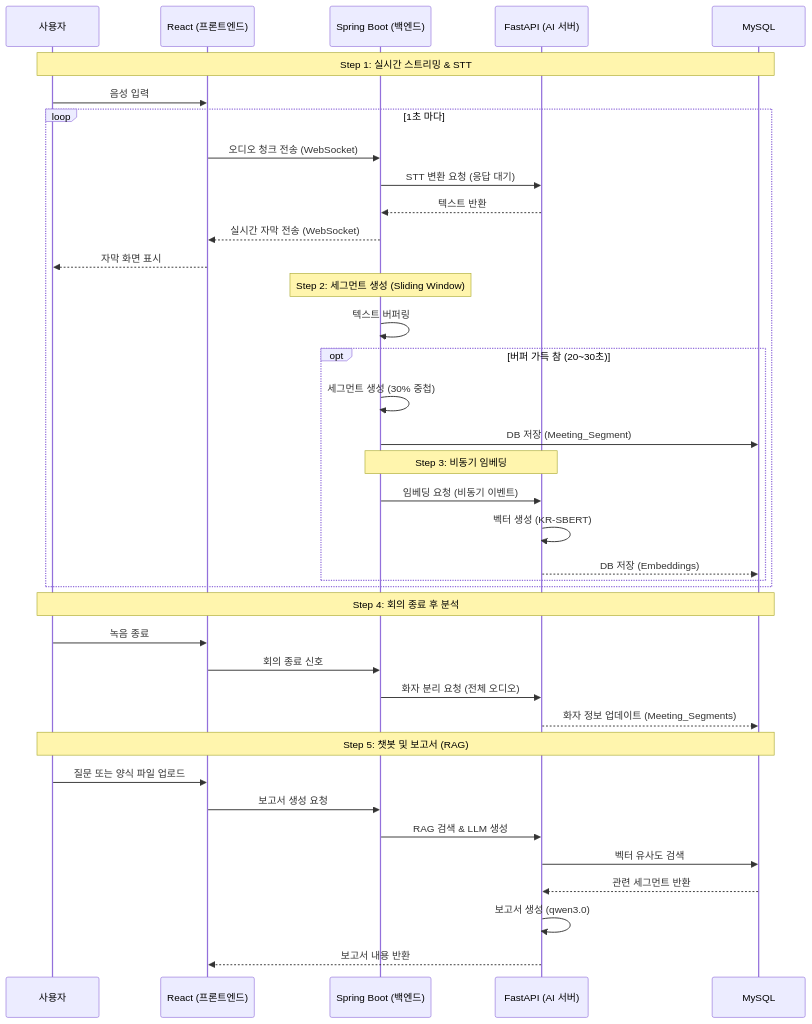
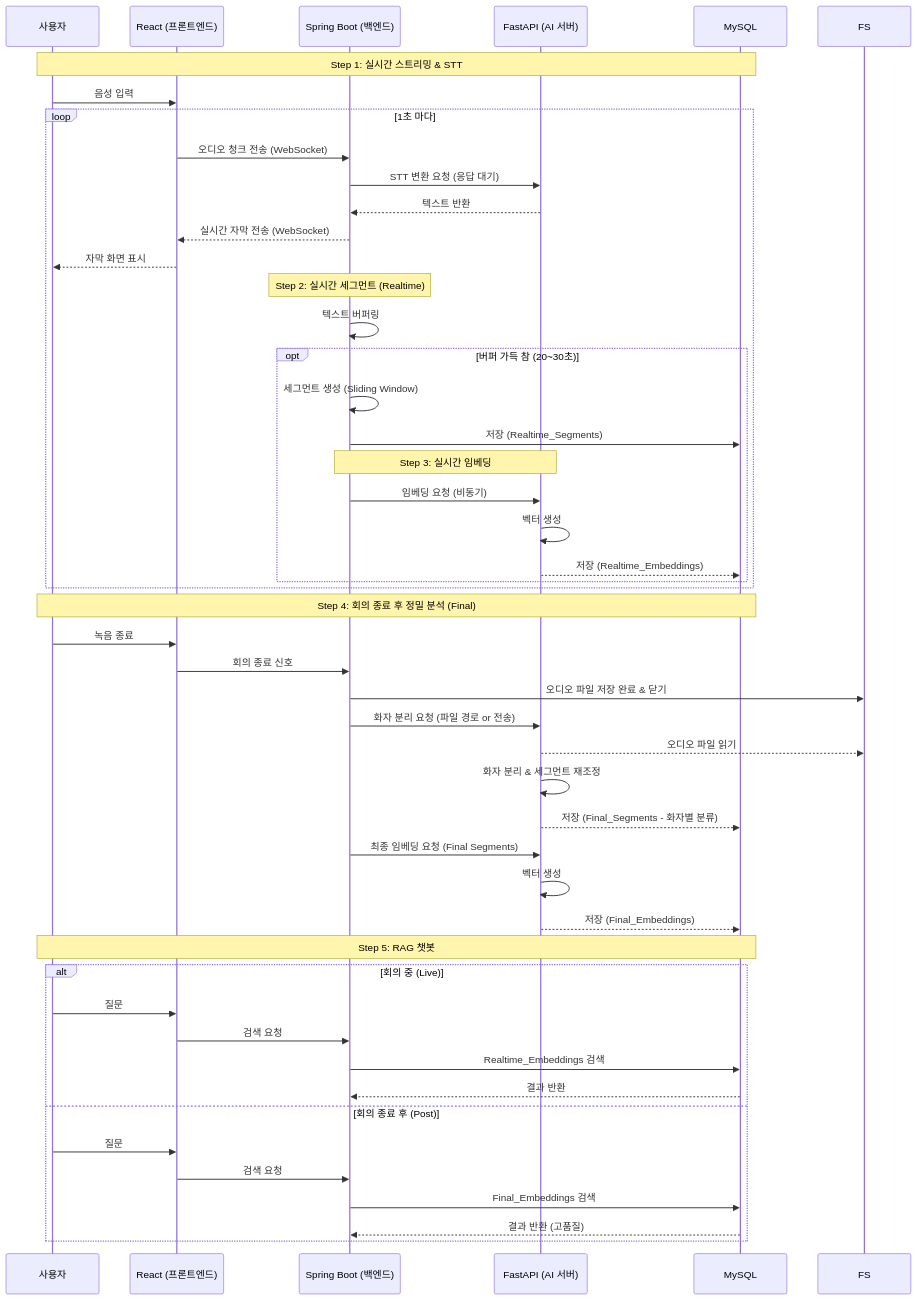
One commit to leejunhyuk1061204/AI-5-mini-project changed the second of 3 diagrams in task/architecture.md. Above: the diagram before and after it, drawn with Mermaid. The commit also changed other lines of this file and 20 other files, not shown here.

````diff
--- a/task/architecture.md
+++ b/task/architecture.md
@@ -57,45 +60,56 @@
 ```mermaid
 sequenceDiagram
     participant U as 사용자
     participant R as React (프론트엔드)
     participant J as Spring Boot (백엔드)
     participant P as FastAPI (AI 서버)
     participant DB as MySQL
 
     Note over U, DB: Step 1: 실시간 스트리밍 & STT
     U->>R: 음성 입력
     loop 1초 마다
         R->>J: 오디오 청크 전송 (WebSocket)
         J->>P: STT 변환 요청 (응답 대기)
         P-->>J: 텍스트 반환
         J-->>R: 실시간 자막 전송 (WebSocket)
         R-->>U: 자막 화면 표시
         
-        Note over J: Step 2: 세그먼트 생성 (Sliding Window)
+        Note over J: Step 2: 실시간 세그먼트 (Realtime)
         J->>J: 텍스트 버퍼링
         opt 버퍼 가득 참 (20~30초)
-            J->>J: 세그먼트 생성 (30% 중첩)
-            J->>DB: DB 저장 (Meeting_Segment)
+            J->>J: 세그먼트 생성 (Sliding Window)
+            J->>DB: 저장 (Realtime_Segments)
             
-            Note over J, P: Step 3: 비동기 임베딩
-            J->>P: 임베딩 요청 (비동기 이벤트)
-            P->>P: 벡터 생성 (KR-SBERT)
-            P-->>DB: DB 저장 (Embeddings)
+            Note over J, P: Step 3: 실시간 임베딩
+            J->>P: 임베딩 요청 (비동기)
+            P->>P: 벡터 생성
+            P-->>DB: 저장 (Realtime_Embeddings)
         end
     end
 
-    Note over U, DB: Step 4: 회의 종료 후 분석
+    Note over U, DB: Step 4: 회의 종료 후 정밀 분석 (Final)
     U->>R: 녹음 종료
     R->>J: 회의 종료 신호
-    J->>P: 화자 분리 요청 (전체 오디오)
-    P-->>DB: 화자 정보 업데이트 (Meeting_Segments)
+    J->>FS: 오디오 파일 저장 완료 & 닫기
+    J->>P: 화자 분리 요청 (파일 경로 or 전송)
+    P-->>FS: 오디오 파일 읽기
+    P->>P: 화자 분리 & 세그먼트 재조정
+    P-->>DB: 저장 (Final_Segments - 화자별 분류)
     
-    Note over U, DB: Step 5: 챗봇 및 보고서 (RAG)
-    U->>R: 질문 또는 양식 파일 업로드
-    R->>J: 보고서 생성 요청
-    J->>P: RAG 검색 & LLM 생성
-    P->>DB: 벡터 유사도 검색
-    DB-->>P: 관련 세그먼트 반환
-    P->>P: 보고서 생성 (qwen3.0)
-    P-->>R: 보고서 내용 반환
+    J->>P: 최종 임베딩 요청 (Final Segments)
+    P->>P: 벡터 생성
+    P-->>DB: 저장 (Final_Embeddings)
+
+    Note over U, DB: Step 5: RAG 챗봇
+    alt 회의 중 (Live)
+        U->>R: 질문
+        R->>J: 검색 요청
+        J->>DB: Realtime_Embeddings 검색
+        DB-->>J: 결과 반환
+    else 회의 종료 후 (Post)
+        U->>R: 질문
+        R->>J: 검색 요청
+        J->>DB: Final_Embeddings 검색
+        DB-->>J: 결과 반환 (고품질)
+    end
 ```
````
